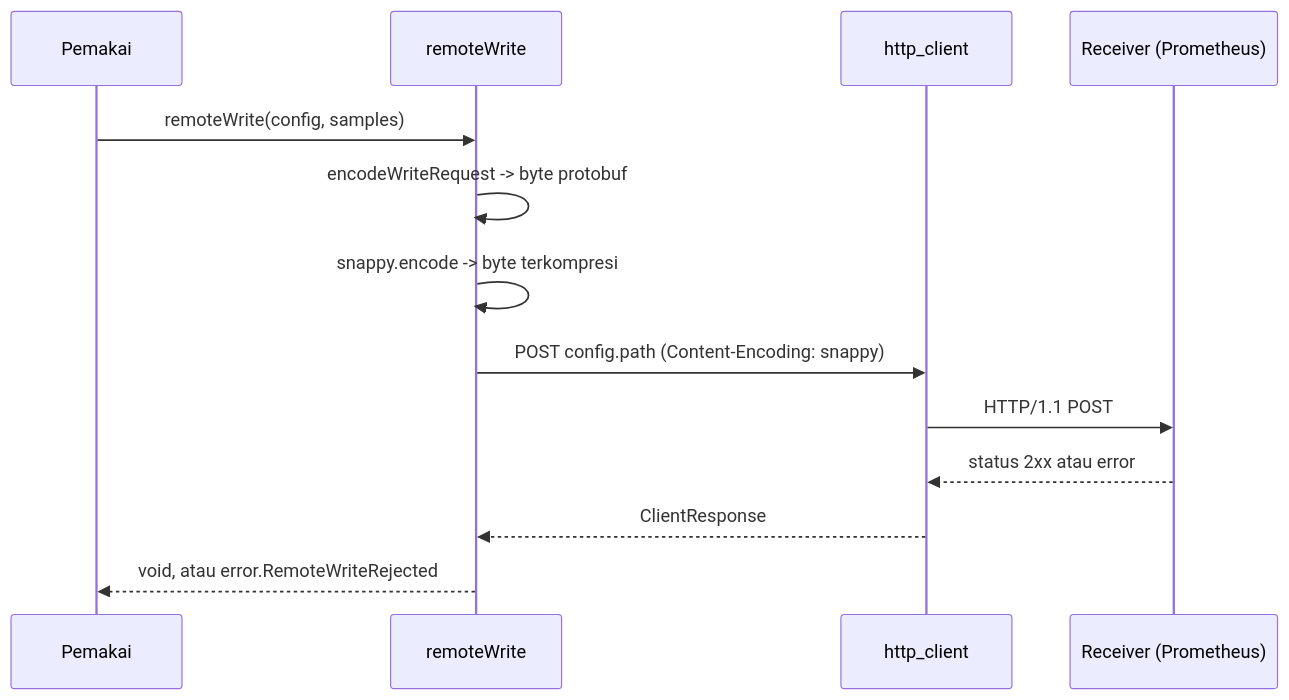
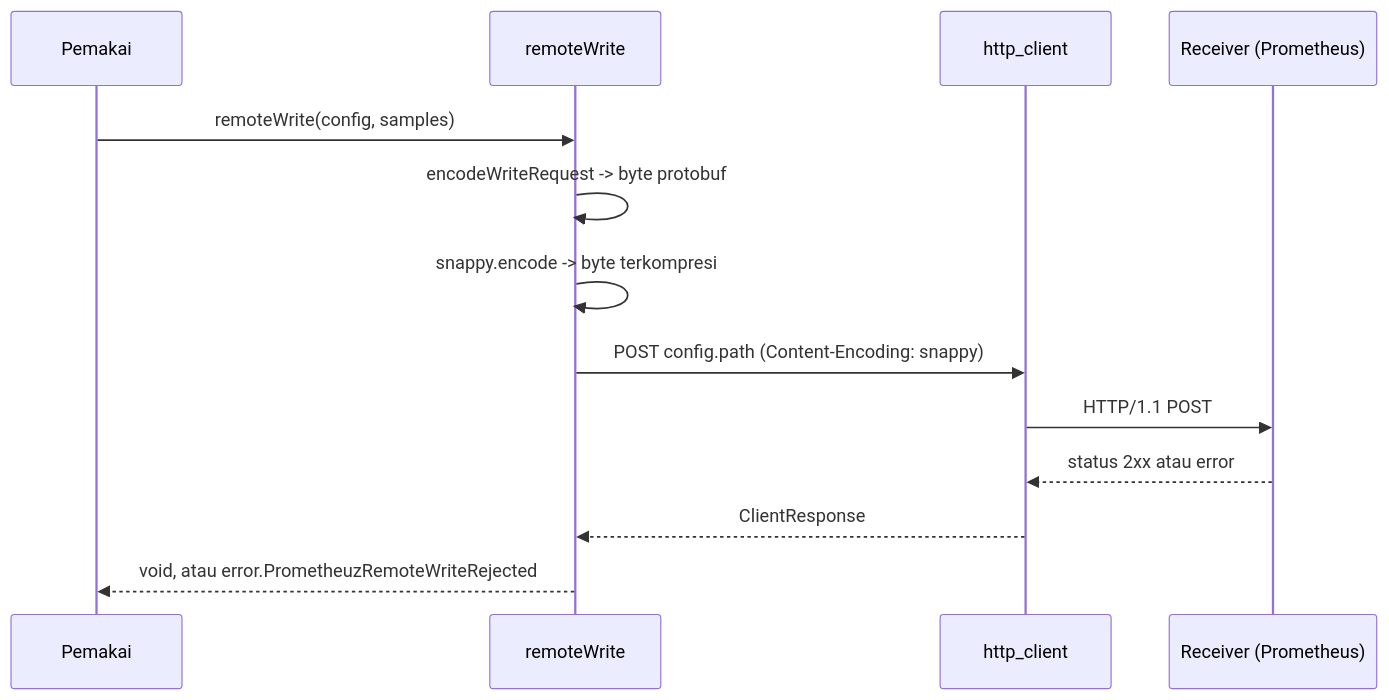
The third of 5 diagrams in docs/driver/prometheuz/hld-id.md (prothegee/zix), drawn with Mermaid before and after one commit. The commit also changed 410 other files, not shown here.

````diff
--- a/docs/driver/prometheuz/hld-id.md
+++ b/docs/driver/prometheuz/hld-id.md
@@ -93,15 +93,15 @@
 ```mermaid
 sequenceDiagram
     participant App as Pemakai
     participant W as remoteWrite
     participant C as http_client
     participant R as Receiver (Prometheus)
     App->>W: remoteWrite(config, samples)
     W->>W: encodeWriteRequest -> byte protobuf
     W->>W: snappy.encode -> byte terkompresi
     W->>C: POST config.path (Content-Encoding: snappy)
     C->>R: HTTP/1.1 POST
     R-->>C: status 2xx atau error
     C-->>W: ClientResponse
-    W-->>App: void, atau error.RemoteWriteRejected
+    W-->>App: void, atau error.PrometheuzRemoteWriteRejected
 ```
````
